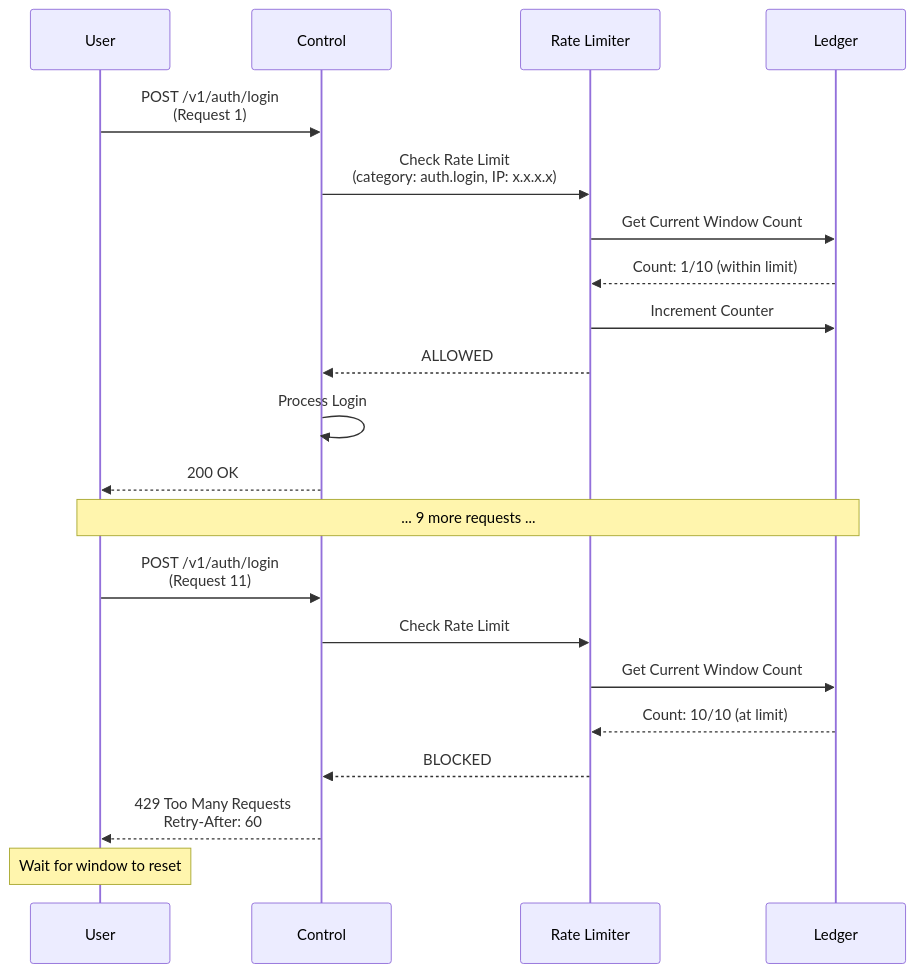
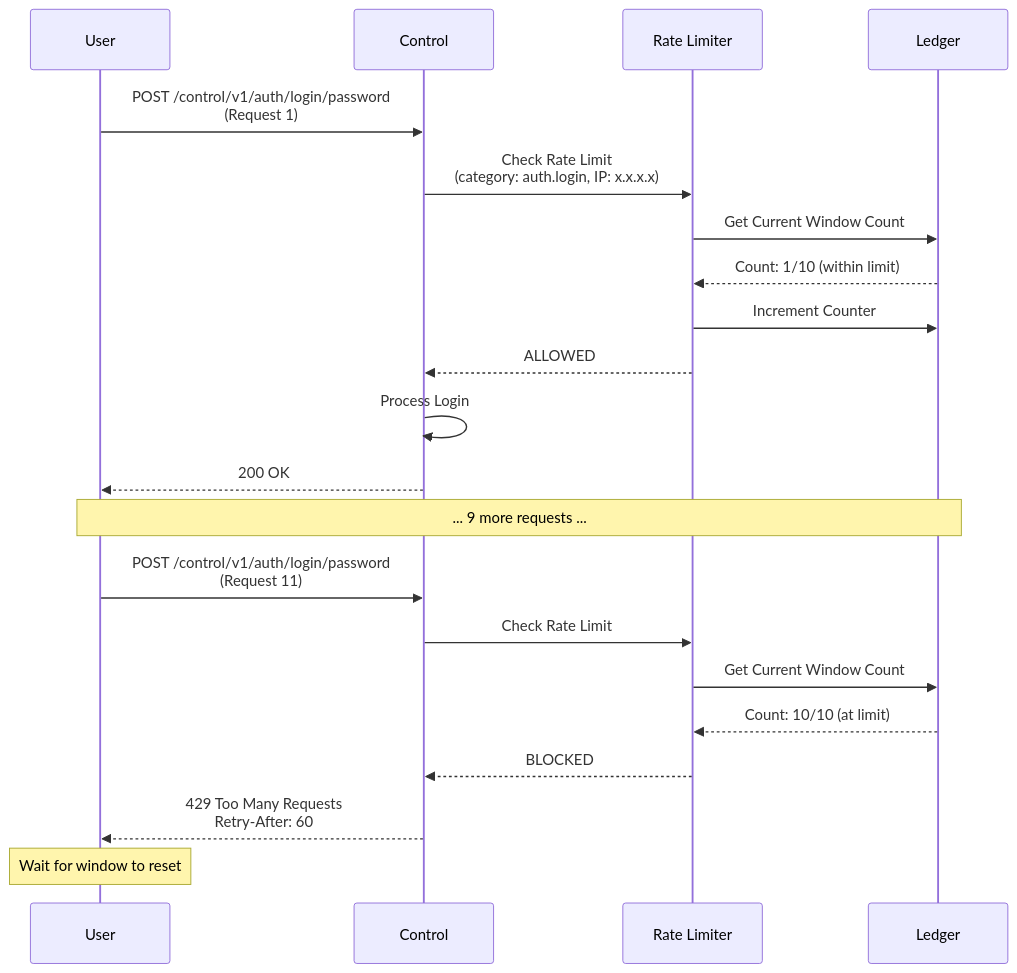
Diagram 13 of 14 in docs/flows.md (inferadb/control), drawn with Mermaid before and after one commit. The commit also changed other lines of this file and 49 other files, not shown here.

````diff
--- a/docs/flows.md
+++ b/docs/flows.md
@@ -536,33 +536,33 @@
 ```mermaid
 sequenceDiagram
     participant User
     participant API as Control
     participant RateLimit as Rate Limiter
     participant DB as Ledger
 
-    User->>API: POST /v1/auth/login<br/>(Request 1)
+    User->>API: POST /control/v1/auth/login/password<br/>(Request 1)
 
     API->>RateLimit: Check Rate Limit<br/>(category: auth.login, IP: x.x.x.x)
     RateLimit->>DB: Get Current Window Count
     DB-->>RateLimit: Count: 1/10 (within limit)
 
     RateLimit->>DB: Increment Counter
     RateLimit-->>API: ALLOWED
 
     API->>API: Process Login
     API-->>User: 200 OK
 
     Note over User,DB: ... 9 more requests ...
 
-    User->>API: POST /v1/auth/login<br/>(Request 11)
+    User->>API: POST /control/v1/auth/login/password<br/>(Request 11)
 
     API->>RateLimit: Check Rate Limit
     RateLimit->>DB: Get Current Window Count
     DB-->>RateLimit: Count: 10/10 (at limit)
 
     RateLimit-->>API: BLOCKED
 
     API-->>User: 429 Too Many Requests<br/>Retry-After: 60
 
     Note over User: Wait for window to reset
 ```
````
